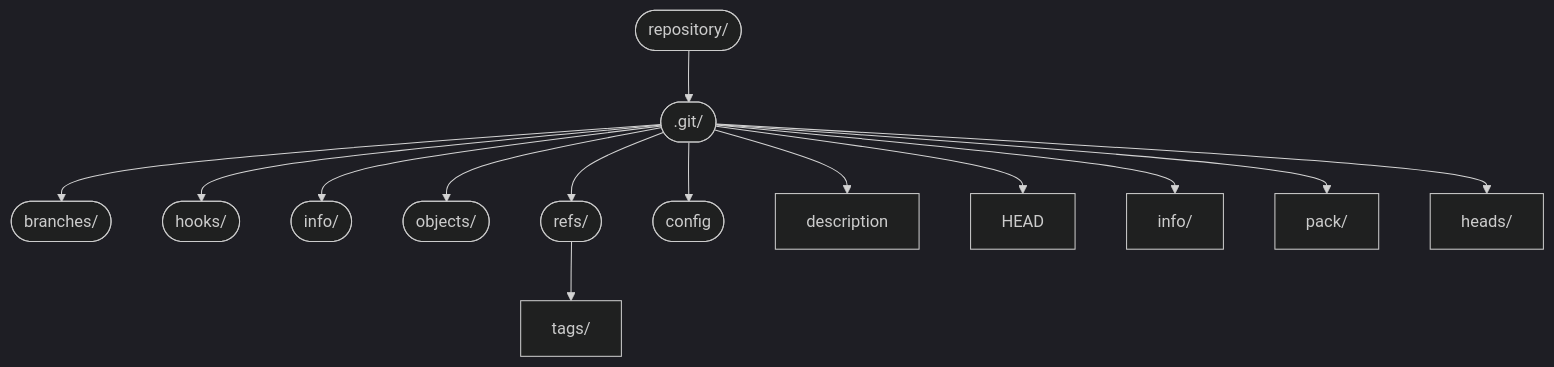
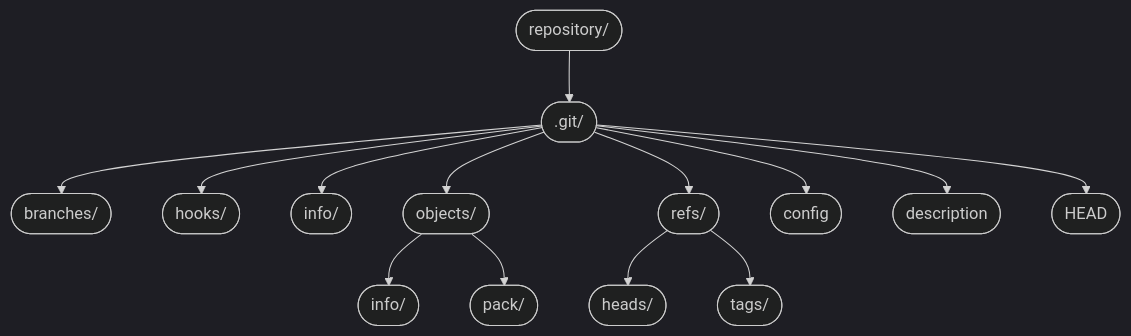
The first of 26 diagrams in docs/basic-concepts.md (hpc2n/course-intro-git), drawn with Mermaid (dark theme) before and after one commit.

Commit message:
Adding lecture 3

````diff
--- a/docs/basic-concepts.md
+++ b/docs/basic-concepts.md
@@ -61,18 +61,19 @@
 ```mermaid
 graph TD
   A(["repository/"]) 
   B([".git/"])
   A --> B
   B --> C(["branches/"])
   B --> D(["hooks/"])
   B --> E(["info/ "])
   B --> F(["objects/"])
   B --> G(["refs/"])
   B --> H(["config"])
-  B --> I["description"]
-  B --> J["HEAD"]
-  B --> K["info/"]
-  B --> L["pack/"]
-  B --> M["heads/"]
-  G --> N["tags/"]
+  B --> I(["description"])
+  B --> J(["HEAD"])
+  F --> K(["info/"])
+  F --> L(["pack/"])
+  G --> M(["heads/"])
+  G --> N(["tags/"])
+  
 ```
````
